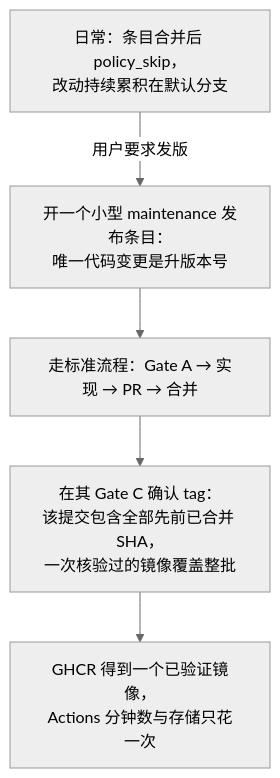
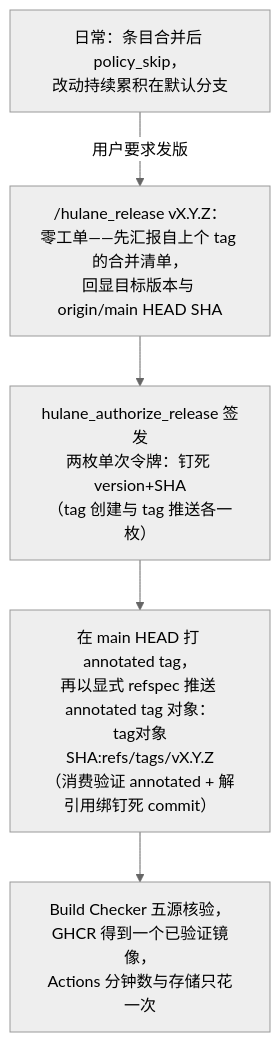
One commit to hutong236/hutong-zcode-marketplace changed the seventh of 10 diagrams in FLOWCHARTS.md. Above: the diagram before and after it, drawn with Mermaid (neutral theme). The commit also changed other lines of this file and 28 other files, not shown here.

First line of the commit message:
feat(hulane): Gate A 单单预授权与 /hulane_release 轻量批量发版(V3.7.0) (#6)

````diff
--- a/FLOWCHARTS.md
+++ b/FLOWCHARTS.md
@@ -194,7 +194,7 @@
 ```mermaid
 flowchart TD
-  D1["日常：条目合并后 policy_skip，<br>改动持续累积在默认分支"] -->|"用户要求发版"| REL["开一个小型 maintenance 发布条目：<br>唯一代码变更是升版本号"]
-  REL --> STD["走标准流程：Gate A → 实现 → PR → 合并"]
-  STD --> GAC["在其 Gate C 确认 tag：<br>该提交包含全部先前已合并 SHA，<br>一次核验过的镜像覆盖整批"]
-  GAC --> SHIP["GHCR 得到一个已验证镜像，<br>Actions 分钟数与存储只花一次"]
+  D1["日常：条目合并后 policy_skip，<br>改动持续累积在默认分支"] -->|"用户要求发版"| REL["/hulane_release vX.Y.Z：<br>零工单——先汇报自上个 tag 的合并清单，<br>回显目标版本与 origin/main HEAD SHA"]
+  REL --> TOK["hulane_authorize_release 签发<br>两枚单次令牌：钉死 version+SHA<br>（tag 创建与 tag 推送各一枚）"]
+  TOK --> PUSH["在 main HEAD 打 annotated tag，<br>再以显式 refspec 推送 annotated tag 对象：<br>tag对象SHA:refs/tags/vX.Y.Z<br>（消费验证 annotated + 解引用绑钉死 commit）"]
+  PUSH --> SHIP["Build Checker 五源核验，<br>GHCR 得到一个已验证镜像，<br>Actions 分钟数与存储只花一次"]
 ```
````
